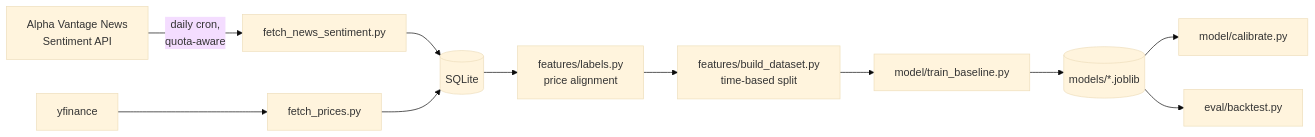
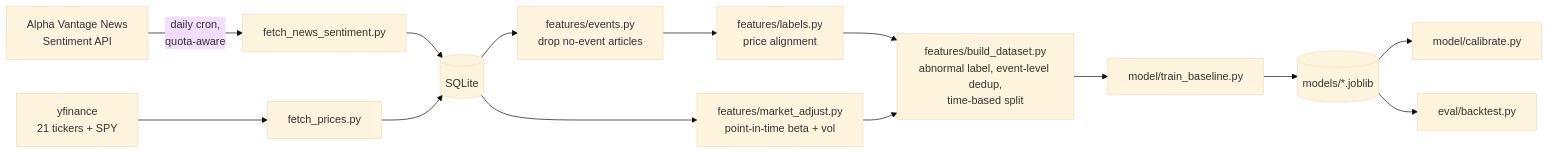
One commit to Laiba-Zaffar/market-impact-predictor changed the diagram in README.md. Above: the diagram before and after it, drawn with Mermaid (base theme). The commit also changed other lines of this file, not shown here.

````diff
--- a/README.md
+++ b/README.md
@@ -37,13 +56,16 @@
 ```mermaid
 flowchart LR
     AV[Alpha Vantage News\nSentiment API] -- daily cron,\nquota-aware --> Ingest[fetch_news_sentiment.py]
-    YF[yfinance] --> Prices[fetch_prices.py]
+    YF[yfinance\n21 tickers + SPY] --> Prices[fetch_prices.py]
     Ingest --> DB[(SQLite)]
     Prices --> DB
-    DB --> Labels[features/labels.py\nprice alignment]
-    Labels --> Dataset[features/build_dataset.py\ntime-based split]
+    DB --> Filter[features/events.py\ndrop no-event articles]
+    Filter --> Labels[features/labels.py\nprice alignment]
+    DB --> Adjust[features/market_adjust.py\npoint-in-time beta + vol]
+    Labels --> Dataset
+    Adjust --> Dataset[features/build_dataset.py\nabnormal label, event-level dedup,\ntime-based split]
     Dataset --> Train[model/train_baseline.py]
     Train --> Models[(models/*.joblib)]
     Models --> Calibrate[model/calibrate.py]
     Models --> Backtest[eval/backtest.py]
 ```
````
